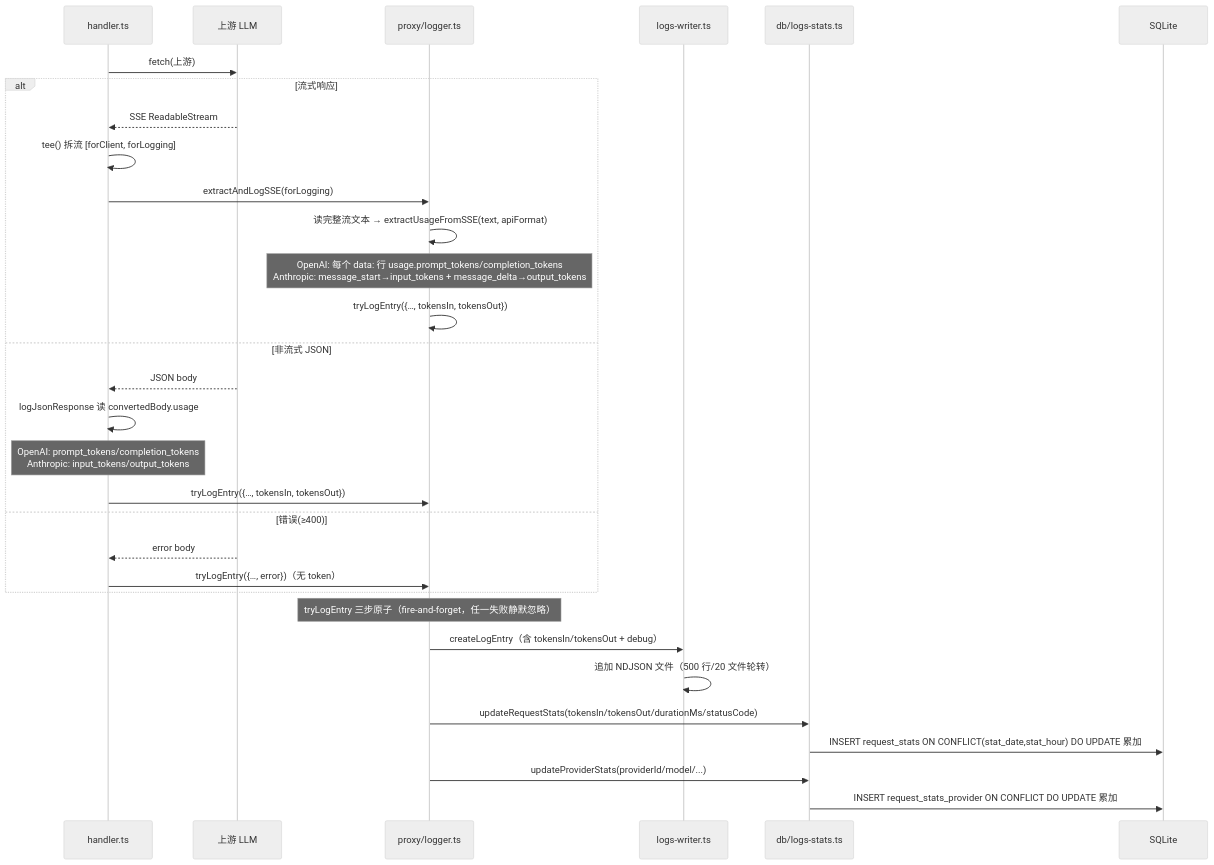
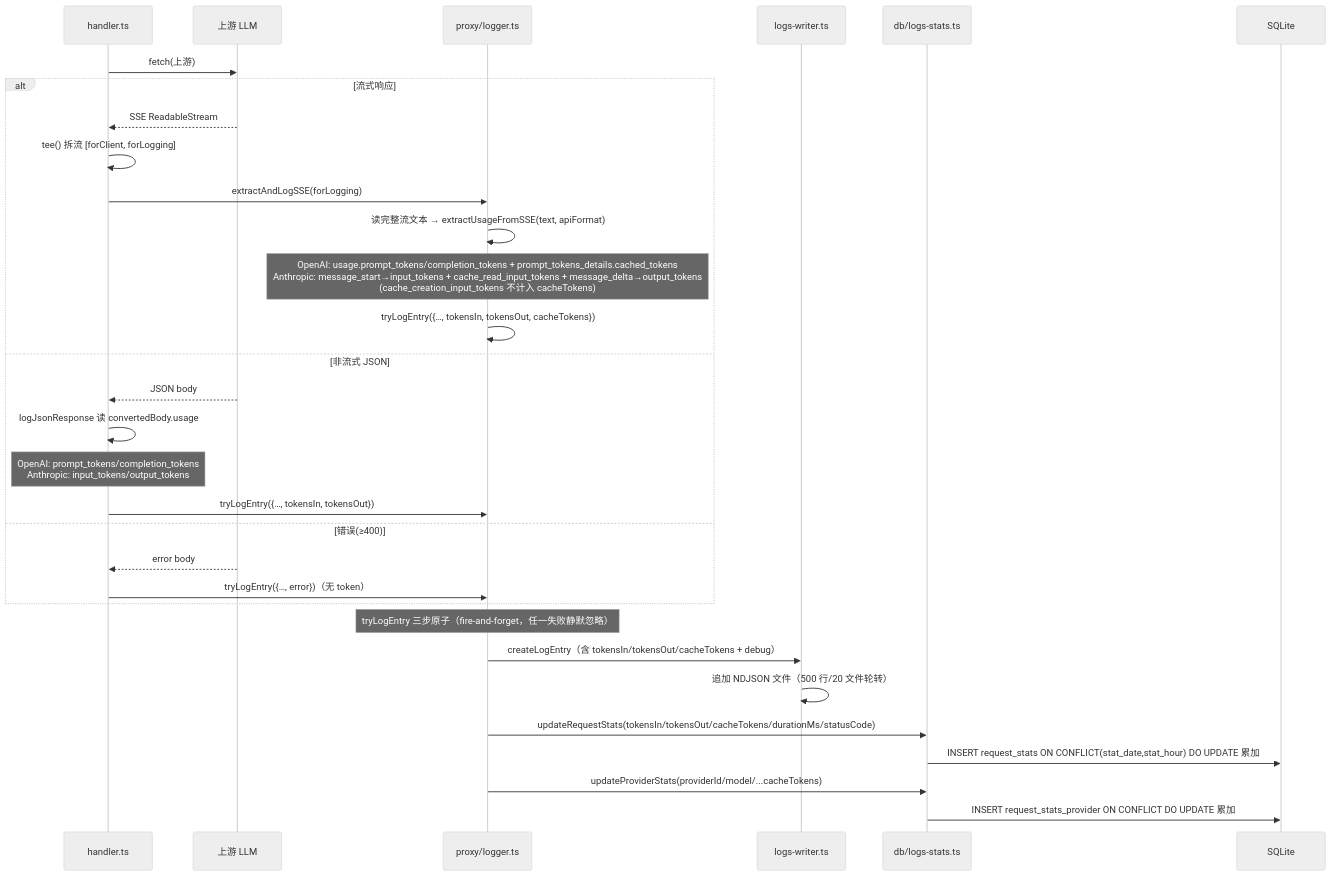
The eighth of 9 diagrams in docs/ARCHITECTURE.md (Geek-Bob/LLM-GATEWAY), drawn with Mermaid (neutral theme) before and after one commit. The commit also changed other lines of this file and 5 other files, not shown here.

````diff
--- a/docs/ARCHITECTURE.md
+++ b/docs/ARCHITECTURE.md
@@ -475,35 +475,35 @@
 ```mermaid
 sequenceDiagram
     participant H as handler.ts
     participant Up as 上游 LLM
     participant Log as proxy/logger.ts
     participant NDJSON as logs-writer.ts
     participant Stat as db/logs-stats.ts
     participant DB as SQLite
 
     H->>Up: fetch(上游)
     alt 流式响应
         Up-->>H: SSE ReadableStream
         H->>H: tee() 拆流 [forClient, forLogging]
         H->>Log: extractAndLogSSE(forLogging)
         Log->>Log: 读完整流文本 → extractUsageFromSSE(text, apiFormat)
-        Note over Log: OpenAI: 每个 data: 行 usage.prompt_tokens/completion_tokens<br/>Anthropic: message_start→input_tokens + message_delta→output_tokens
-        Log->>Log: tryLogEntry({…, tokensIn, tokensOut})
+        Note over Log: OpenAI: usage.prompt_tokens/completion_tokens + prompt_tokens_details.cached_tokens<br/>Anthropic: message_start→input_tokens + cache_read_input_tokens + message_delta→output_tokens<br/>(cache_creation_input_tokens 不计入 cacheTokens)
+        Log->>Log: tryLogEntry({…, tokensIn, tokensOut, cacheTokens})
     else 非流式 JSON
         Up-->>H: JSON body
         H->>H: logJsonResponse 读 convertedBody.usage
         Note over H: OpenAI: prompt_tokens/completion_tokens<br/>Anthropic: input_tokens/output_tokens
         H->>Log: tryLogEntry({…, tokensIn, tokensOut})
     else 错误(≥400)
         Up-->>H: error body
         H->>Log: tryLogEntry({…, error})（无 token）
     end
 
     Note over Log: tryLogEntry 三步原子（fire-and-forget，任一失败静默忽略）
-    Log->>NDJSON: createLogEntry（含 tokensIn/tokensOut + debug）
+    Log->>NDJSON: createLogEntry（含 tokensIn/tokensOut/cacheTokens + debug）
     NDJSON->>NDJSON: 追加 NDJSON 文件（500 行/20 文件轮转）
-    Log->>Stat: updateRequestStats(tokensIn/tokensOut/durationMs/statusCode)
+    Log->>Stat: updateRequestStats(tokensIn/tokensOut/cacheTokens/durationMs/statusCode)
     Stat->>DB: INSERT request_stats ON CONFLICT(stat_date,stat_hour) DO UPDATE 累加
-    Log->>Stat: updateProviderStats(providerId/model/...)
+    Log->>Stat: updateProviderStats(providerId/model/...cacheTokens)
     Stat->>DB: INSERT request_stats_provider ON CONFLICT DO UPDATE 累加
 ```
````
